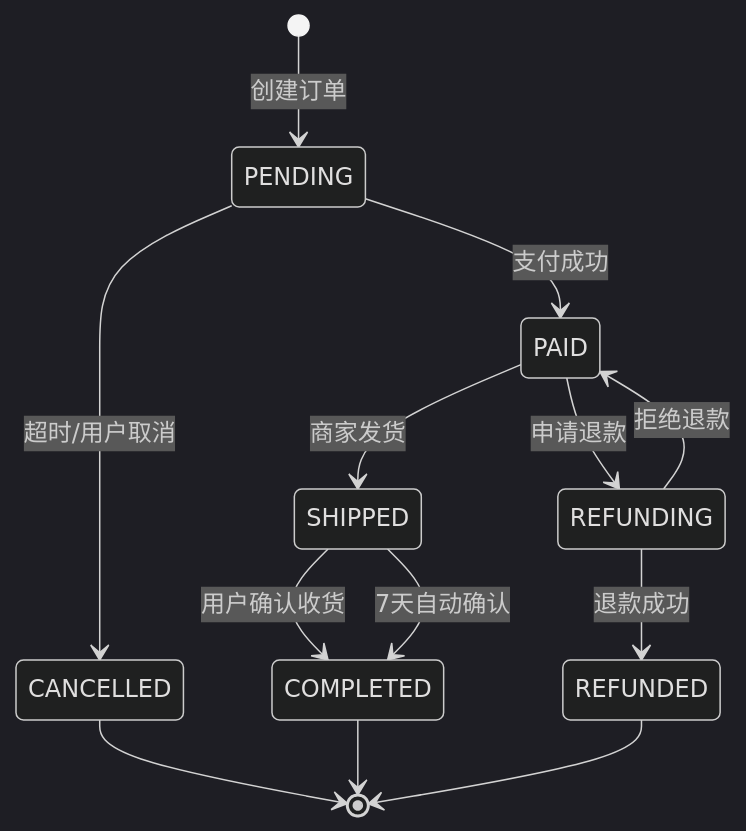
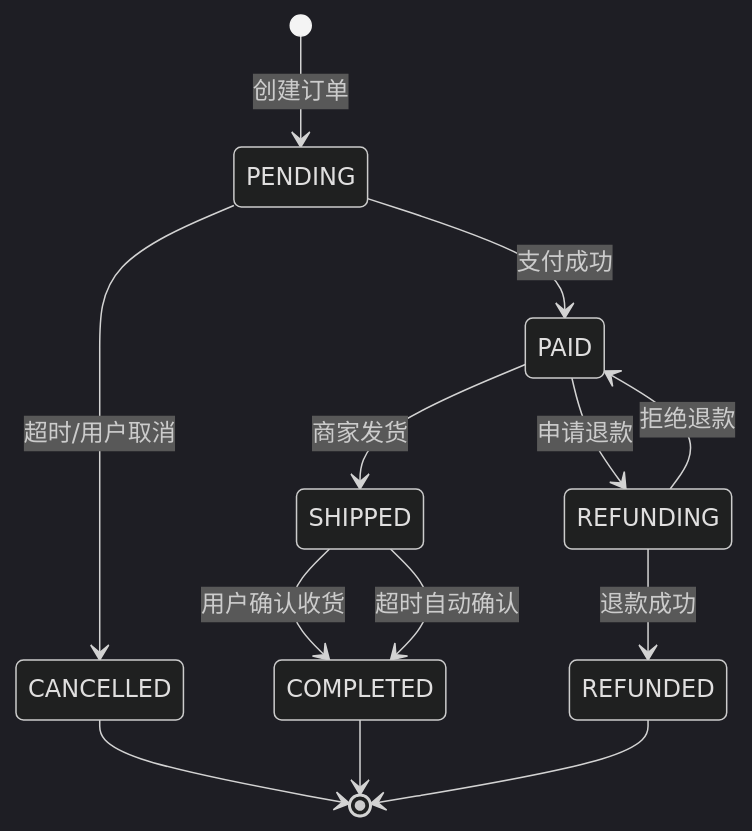
One commit to pangjiawei19/agent-skills changed the fifth of 5 diagrams in skills/document-project/example-output.md. Above: the diagram before and after it, drawn with Mermaid (dark theme). The commit also changed other lines of this file and 5 other files, not shown here.

````diff
--- a/skills/document-project/example-output.md
+++ b/skills/document-project/example-output.md
@@ -325,15 +340,15 @@
 ```mermaid
 stateDiagram-v2
     [*] --> PENDING: 创建订单
     PENDING --> PAID: 支付成功
     PENDING --> CANCELLED: 超时/用户取消
     PAID --> SHIPPED: 商家发货
     SHIPPED --> COMPLETED: 用户确认收货
-    SHIPPED --> COMPLETED: 7天自动确认
+    SHIPPED --> COMPLETED: 超时自动确认
     PAID --> REFUNDING: 申请退款
     REFUNDING --> REFUNDED: 退款成功
     REFUNDING --> PAID: 拒绝退款
     CANCELLED --> [*]
     COMPLETED --> [*]
     REFUNDED --> [*]
 ```
````
